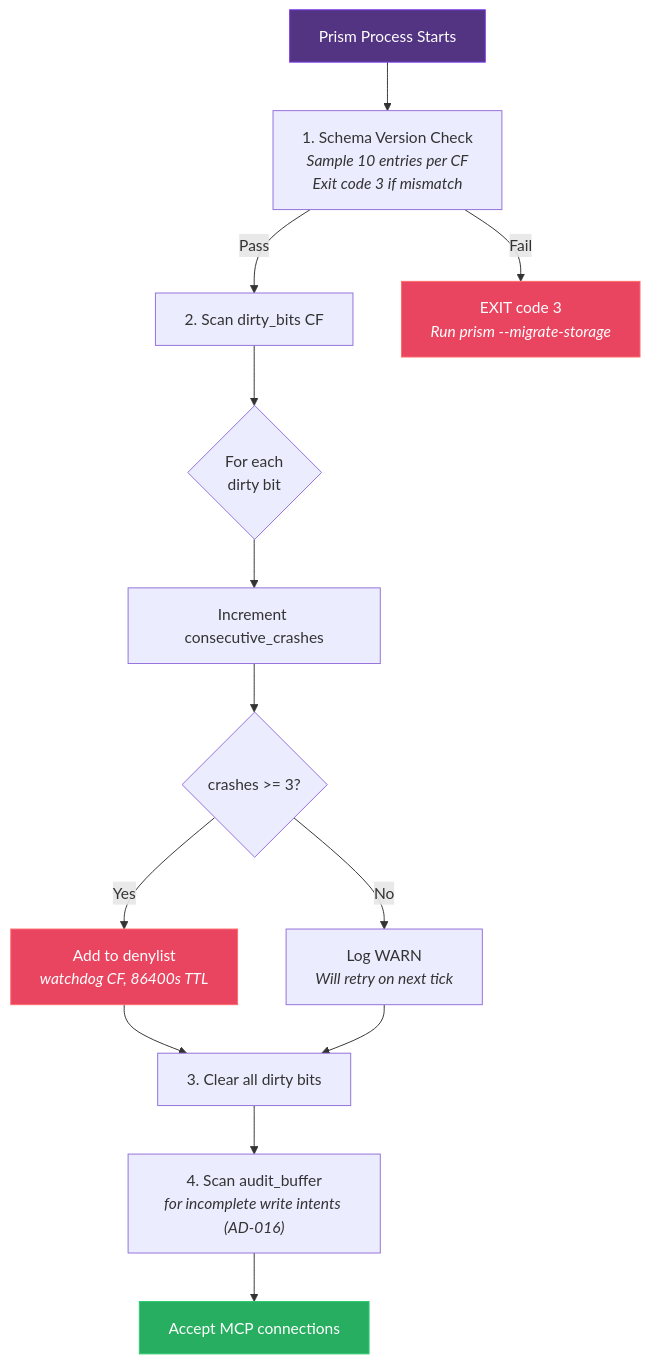
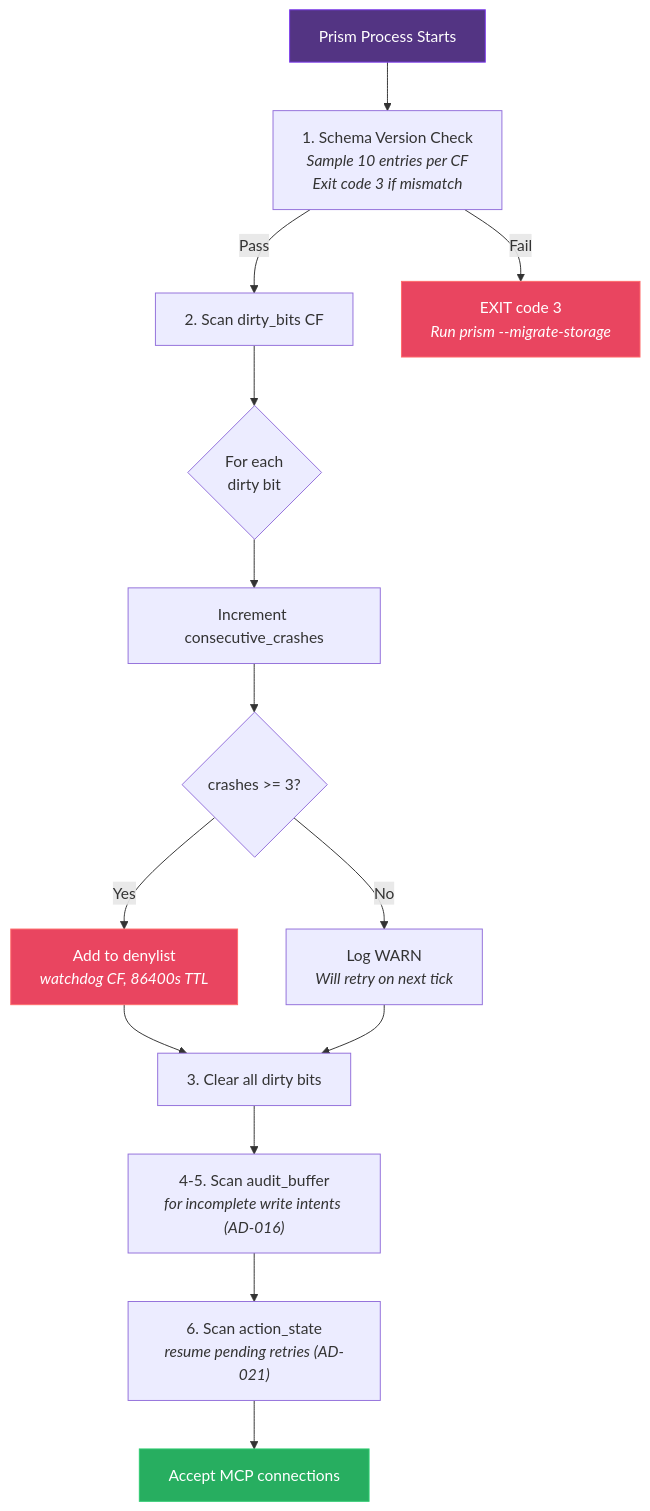
Before and after one commit to drbothen/prism: the third of 3 diagrams in specs/architecture/data-layer.md, drawn with Mermaid. The commit also changed 2 other files, not shown here.

Commit message:
factory(phase-2): fix adversarial pass 5 findings — 3 MEDIUM resolved (tool counts, force_execute, SS-17→SS-12, flowchart, analyst_id)

````diff
--- a/specs/architecture/data-layer.md
+++ b/specs/architecture/data-layer.md
@@ -95,22 +95,23 @@
 ```mermaid
 flowchart TD
     START["Prism Process Starts"] --> SCHEMA["1. Schema Version Check<br/><i>Sample 10 entries per CF<br/>Exit code 3 if mismatch</i>"]
     SCHEMA -->|Pass| DIRTY["2. Scan dirty_bits CF"]
     SCHEMA -->|Fail| EXIT3["EXIT code 3<br/><i>Run prism --migrate-storage</i>"]
 
     DIRTY --> FOREACH{"For each<br/>dirty bit"}
     FOREACH --> INC["Increment consecutive_crashes"]
     INC --> CHECK{"crashes >= 3?"}
     CHECK -->|Yes| DENY["Add to denylist<br/><i>watchdog CF, 86400s TTL</i>"]
     CHECK -->|No| WARN["Log WARN<br/><i>Will retry on next tick</i>"]
     DENY --> CLEAR
     WARN --> CLEAR["3. Clear all dirty bits"]
 
-    CLEAR --> AUDIT["4. Scan audit_buffer<br/><i>for incomplete write intents (AD-016)</i>"]
-    AUDIT --> READY["Accept MCP connections"]
+    CLEAR --> AUDIT["4-5. Scan audit_buffer<br/><i>for incomplete write intents (AD-016)</i>"]
+    AUDIT --> ACTRETRY["6. Scan action_state<br/><i>resume pending retries (AD-021)</i>"]
+    ACTRETRY --> READY["Accept MCP connections"]
 
     style START fill:#533483,stroke:#7c3aed,color:#fff
     style EXIT3 fill:#e94560,stroke:#ff6b6b,color:#fff
     style READY fill:#27ae60,stroke:#2ecc71,color:#fff
     style DENY fill:#e94560,stroke:#ff6b6b,color:#fff
 ```
````
